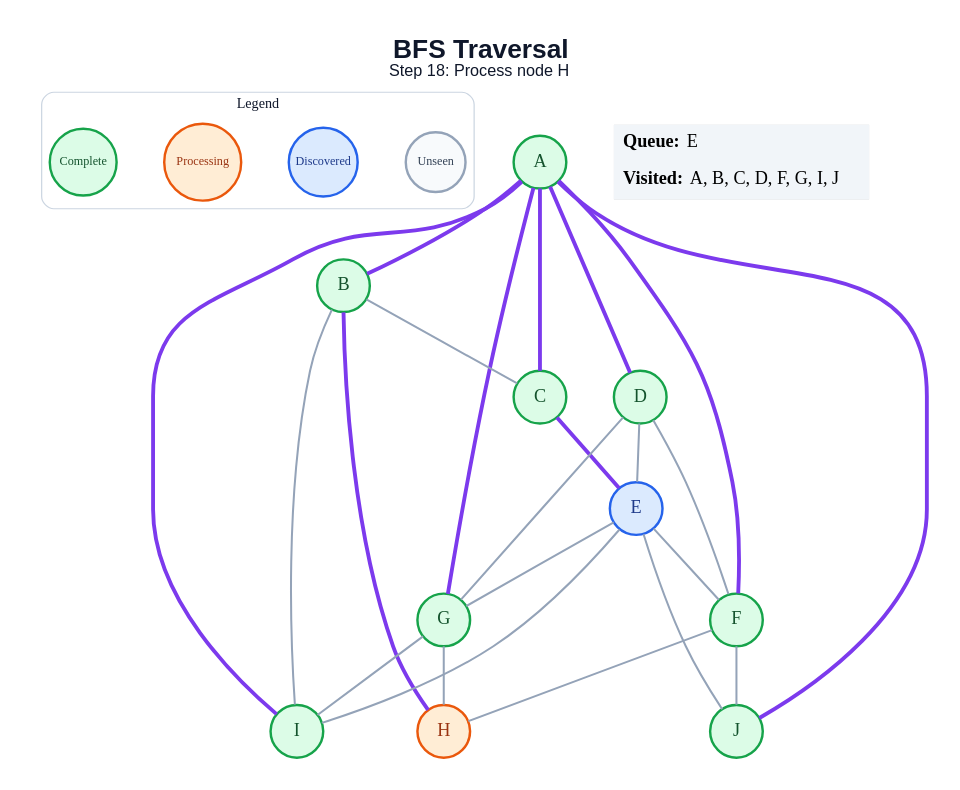
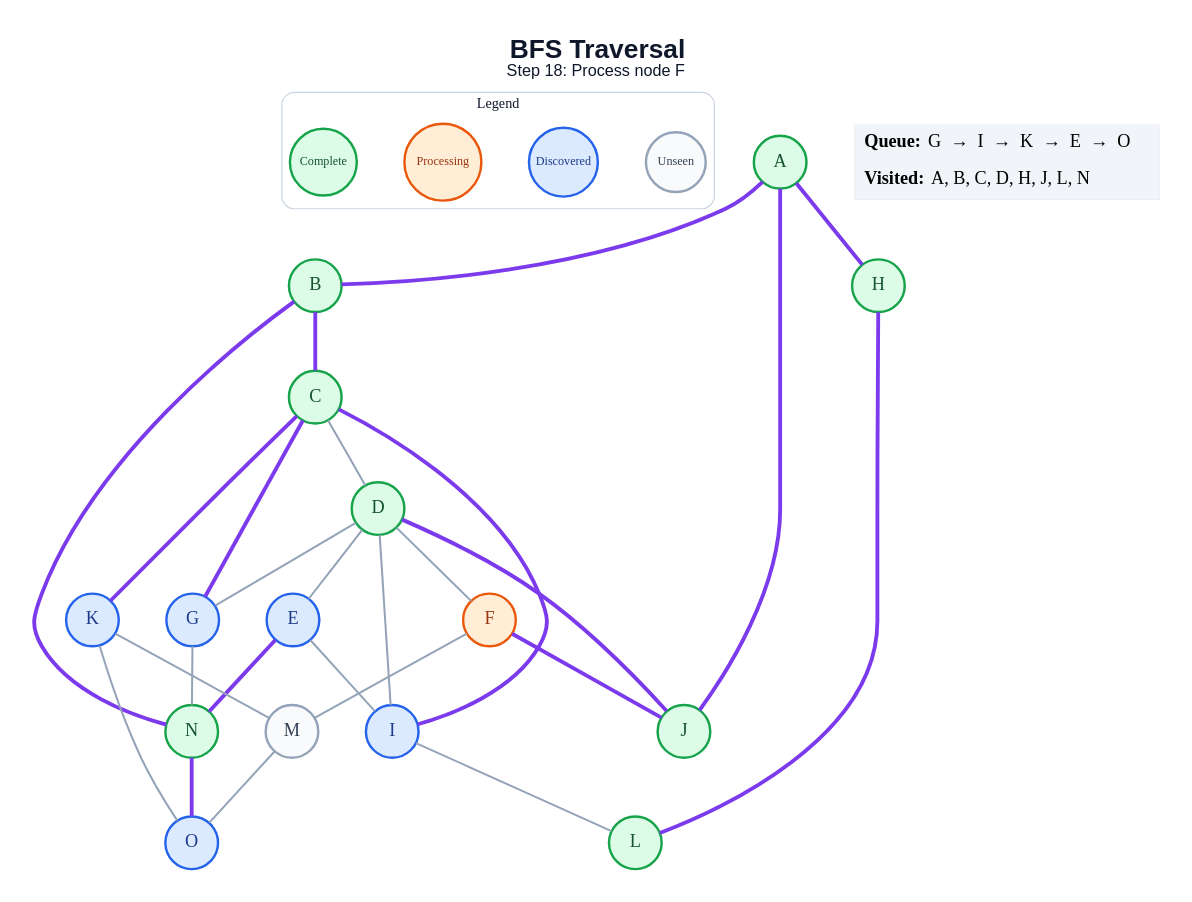
One commit to anon7238593-create/ai-slop changed the diagram in generated/bfs/step_18.dot. Above: the diagram before and after it, drawn with Graphviz. The commit also changed 268 other files, not shown here.

```diff
--- a/generated/bfs/step_18.dot
+++ b/generated/bfs/step_18.dot
@@ -1,51 +1,59 @@
 graph traversal {
   graph [layout=dot, rankdir=TB, bgcolor="#FFFFFF", pad="0.35", nodesep="0.65", ranksep="0.8", fontname="Arial"];
   node [shape=circle, style="filled", fontname="Arial Bold", fontsize=18, width=0.72, fixedsize=true, penwidth=2.4];
   edge [color="#94A3B8", penwidth=2.0];
-  label=<<B>BFS Traversal</B><BR/><FONT POINT-SIZE="16">Step 18: Process node H</FONT>>; labelloc="t"; fontsize=26; fontname="Arial"; fontcolor="#0F172A";
+  label=<<B>BFS Traversal</B><BR/><FONT POINT-SIZE="16">Step 18: Process node F</FONT>>; labelloc="t"; fontsize=26; fontname="Arial"; fontcolor="#0F172A";
   subgraph cluster_legend { label="Legend"; color="#CBD5E1"; penwidth=1.2; style="rounded"; fontsize=14; fontname="Arial Bold";
     key_unseen [label="Unseen", fillcolor="#F8FAFC", color="#94A3B8", fontcolor="#334155", fontsize=12, width=0.82];
     key_frontier [label="Discovered", fillcolor="#DBEAFE", color="#2563EB", fontcolor="#1E3A8A", fontsize=12, width=0.95];
     key_current [label="Processing", fillcolor="#FFEDD5", color="#EA580C", fontcolor="#9A3412", fontsize=12, width=1.05];
     key_done [label="Complete", fillcolor="#DCFCE7", color="#16A34A", fontcolor="#14532D", fontsize=12, width=0.92];
     { rank=same; key_unseen; key_frontier; key_current; key_done; }
   }
   A [fillcolor="#DCFCE7", color="#16A34A", fontcolor="#14532D"];
   B [fillcolor="#DCFCE7", color="#16A34A", fontcolor="#14532D"];
   C [fillcolor="#DCFCE7", color="#16A34A", fontcolor="#14532D"];
   D [fillcolor="#DCFCE7", color="#16A34A", fontcolor="#14532D"];
   E [fillcolor="#DBEAFE", color="#2563EB", fontcolor="#1E3A8A"];
-  F [fillcolor="#DCFCE7", color="#16A34A", fontcolor="#14532D"];
-  G [fillcolor="#DCFCE7", color="#16A34A", fontcolor="#14532D"];
-  H [fillcolor="#FFEDD5", color="#EA580C", fontcolor="#9A3412"];
-  I [fillcolor="#DCFCE7", color="#16A34A", fontcolor="#14532D"];
+  F [fillcolor="#FFEDD5", color="#EA580C", fontcolor="#9A3412"];
+  G [fillcolor="#DBEAFE", color="#2563EB", fontcolor="#1E3A8A"];
+  H [fillcolor="#DCFCE7", color="#16A34A", fontcolor="#14532D"];
+  I [fillcolor="#DBEAFE", color="#2563EB", fontcolor="#1E3A8A"];
   J [fillcolor="#DCFCE7", color="#16A34A", fontcolor="#14532D"];
+  K [fillcolor="#DBEAFE", color="#2563EB", fontcolor="#1E3A8A"];
+  L [fillcolor="#DCFCE7", color="#16A34A", fontcolor="#14532D"];
+  M [fillcolor="#F8FAFC", color="#94A3B8", fontcolor="#334155"];
+  N [fillcolor="#DCFCE7", color="#16A34A", fontcolor="#14532D"];
+  O [fillcolor="#DBEAFE", color="#2563EB", fontcolor="#1E3A8A"];
   A -- B [color="#7C3AED", penwidth=3.8];
-  A -- C [color="#7C3AED", penwidth=3.8];
-  A -- D [color="#7C3AED", penwidth=3.8];
-  A -- F [color="#7C3AED", penwidth=3.8];
-  A -- G [color="#7C3AED", penwidth=3.8];
-  A -- I [color="#7C3AED", penwidth=3.8];
+  A -- H [color="#7C3AED", penwidth=3.8];
   A -- J [color="#7C3AED", penwidth=3.8];
-  B -- C;
-  B -- H [color="#7C3AED", penwidth=3.8];
-  B -- I;
-  C -- E [color="#7C3AED", penwidth=3.8];
+  B -- C [color="#7C3AED", penwidth=3.8];
+  B -- N [color="#7C3AED", penwidth=3.8];
+  C -- D;
+  C -- G [color="#7C3AED", penwidth=3.8];
+  C -- I [color="#7C3AED", penwidth=3.8];
+  C -- K [color="#7C3AED", penwidth=3.8];
   D -- E;
   D -- F;
   D -- G;
-  E -- F;
-  E -- G;
+  D -- I;
+  D -- J [color="#7C3AED", penwidth=3.8];
   E -- I;
-  E -- J;
-  F -- H;
-  F -- J;
-  G -- H;
-  G -- I;
+  E -- N [color="#7C3AED", penwidth=3.8];
+  F -- J [color="#7C3AED", penwidth=3.8];
+  F -- M;
+  G -- N;
+  H -- L [color="#7C3AED", penwidth=3.8];
+  I -- L;
+  K -- M;
+  K -- O;
+  M -- O;
+  N -- O [color="#7C3AED", penwidth=3.8];
   status [shape=plain, fixedsize=false, width=0, height=0, margin=0, label=<
     <TABLE BORDER="0" CELLBORDER="0" CELLPADDING="7" BGCOLOR="#F1F5F9">
-      <TR><TD ALIGN="LEFT"><B>Queue:</B> E</TD></TR>
-      <TR><TD ALIGN="LEFT"><B>Visited:</B> A, B, C, D, F, G, I, J</TD></TR>
+      <TR><TD ALIGN="LEFT"><B>Queue:</B> G  →  I  →  K  →  E  →  O</TD></TR>
+      <TR><TD ALIGN="LEFT"><B>Visited:</B> A, B, C, D, H, J, L, N</TD></TR>
     </TABLE>
   >];
 }
```
